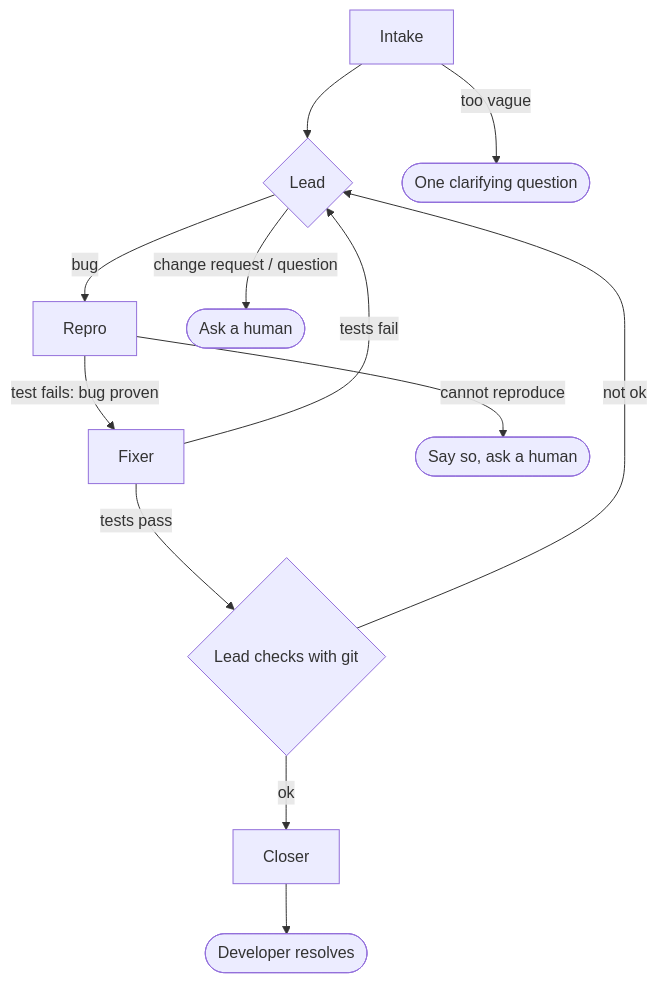
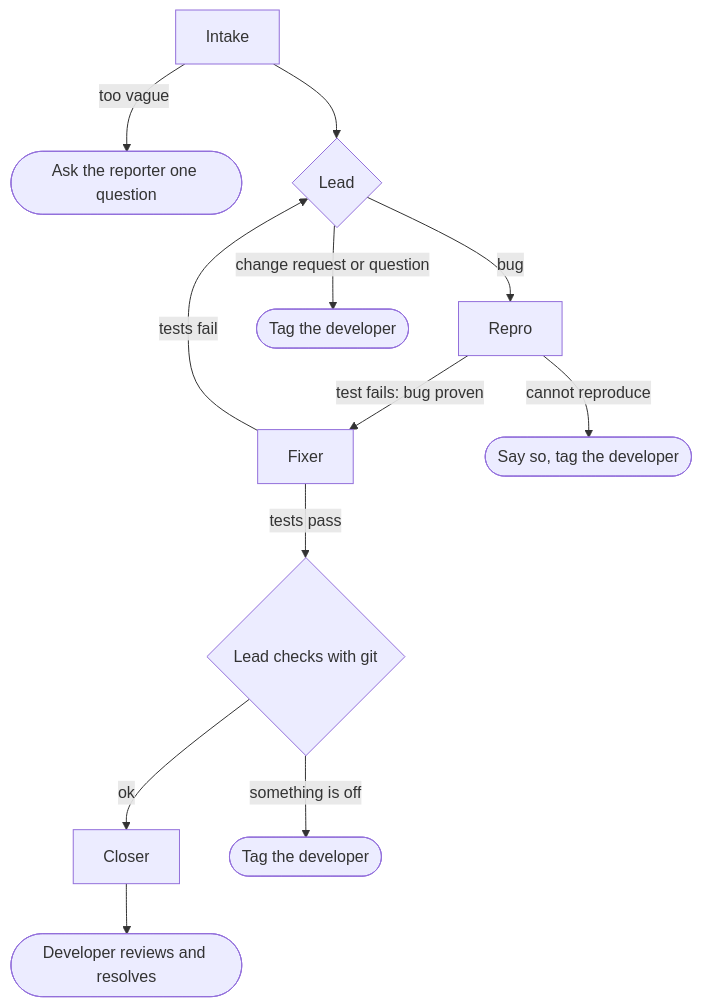
One commit to Sanradhya/help-desk changed the fourth of 5 diagrams in README.md. Above: the diagram before and after it, drawn with Mermaid. The commit also changed other lines of this file, not shown here.

````diff
--- a/README.md
+++ b/README.md
@@ -73,14 +152,14 @@
 ```mermaid
 flowchart TD
-  I[Intake] --> L{Lead}
-  L -->|bug| R[Repro]
-  L -->|change request / question| H1([Ask a human])
-  I -->|too vague| Q([One clarifying question])
-  R -->|test fails: bug proven| F[Fixer]
-  R -->|cannot reproduce| H2([Say so, ask a human])
-  F -->|tests pass| V{Lead checks with git}
-  F -->|tests fail| L
-  V -->|ok| C[Closer]
-  V -->|not ok| L
-  C --> D([Developer resolves])
+    I["Intake"] -->|"too vague"| Q(["Ask the reporter one question"])
+    I --> L{"Lead"}
+    L -->|"bug"| R["Repro"]
+    L -->|"change request or question"| H1(["Tag the developer"])
+    R -->|"test fails: bug proven"| F["Fixer"]
+    R -->|"cannot reproduce"| H2(["Say so, tag the developer"])
+    F -->|"tests pass"| V{"Lead checks with git"}
+    F -->|"tests fail"| L
+    V -->|"ok"| C["Closer"]
+    V -->|"something is off"| H3(["Tag the developer"])
+    C --> D(["Developer reviews and resolves"])
 ```
````
